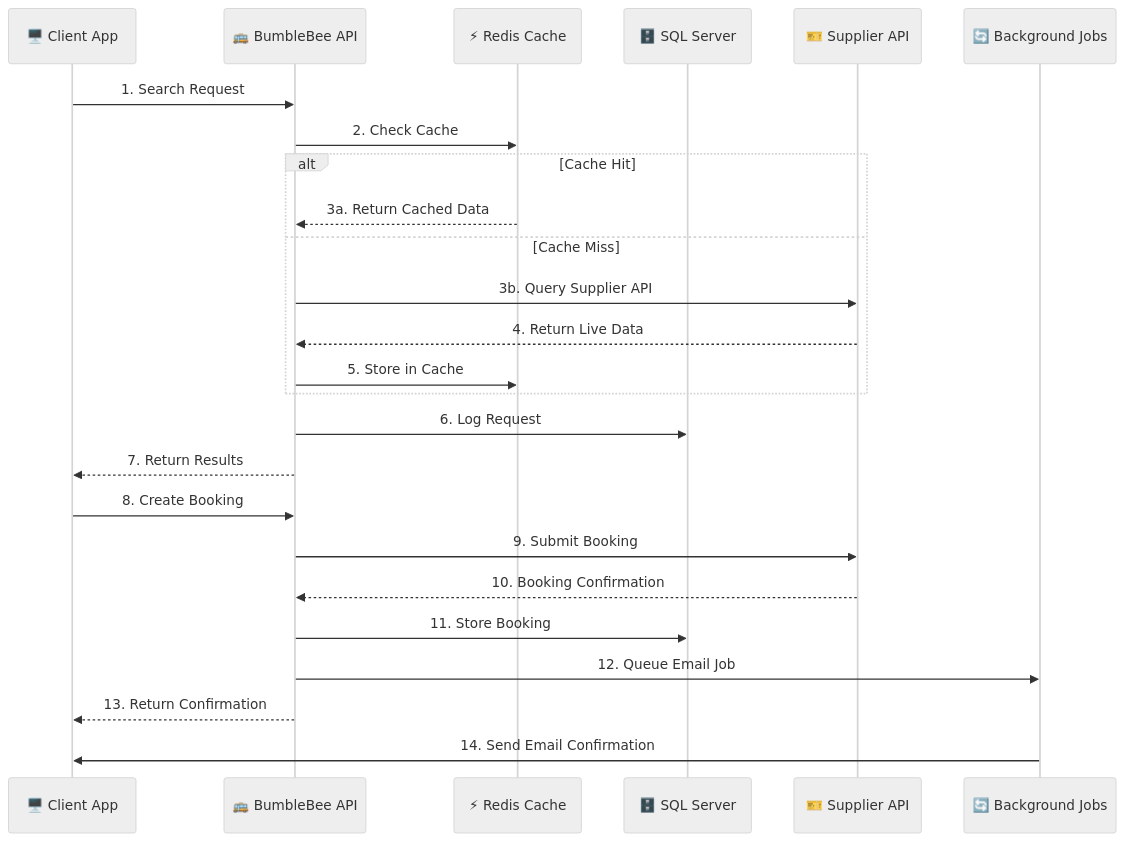
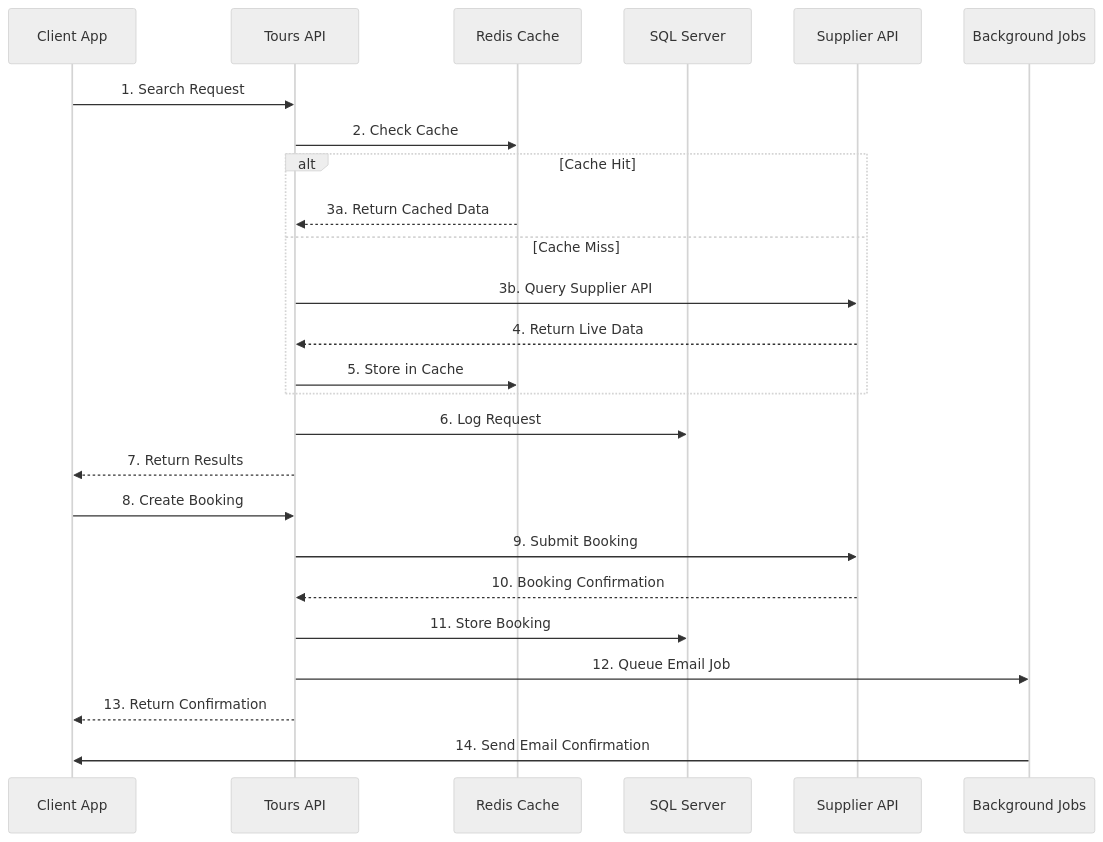
Before and after one commit to sandeepkumar0801/ToursAndActivities: the sixth of 11 diagrams in README.md, drawn with Mermaid (neutral theme). The commit also changed other lines of this file and 3 other files, not shown here.

````diff
--- a/README.md
+++ b/README.md
@@ -707,32 +706,32 @@
 ```mermaid
 sequenceDiagram
-    participant Client as 🖥️ Client App
-    participant API as 🚌 BumbleBee API
-    participant Cache as ⚡ Redis Cache
-    participant DB as 🗄️ SQL Server
-    participant Supplier as 🎫 Supplier API
-    participant Jobs as 🔄 Background Jobs
+    participant Client as Client App
+    participant API as Tours API
+    participant Cache as Redis Cache
+    participant DB as SQL Server
+    participant Supplier as Supplier API
+    participant Jobs as Background Jobs
 
     Client->>API: 1. Search Request
     API->>Cache: 2. Check Cache
 
     alt Cache Hit
         Cache-->>API: 3a. Return Cached Data
     else Cache Miss
         API->>Supplier: 3b. Query Supplier API
         Supplier-->>API: 4. Return Live Data
         API->>Cache: 5. Store in Cache
     end
 
     API->>DB: 6. Log Request
     API-->>Client: 7. Return Results
 
     Client->>API: 8. Create Booking
     API->>Supplier: 9. Submit Booking
     Supplier-->>API: 10. Booking Confirmation
     API->>DB: 11. Store Booking
     API->>Jobs: 12. Queue Email Job
     API-->>Client: 13. Return Confirmation
 
     Jobs->>Client: 14. Send Email Confirmation
 ```
````
